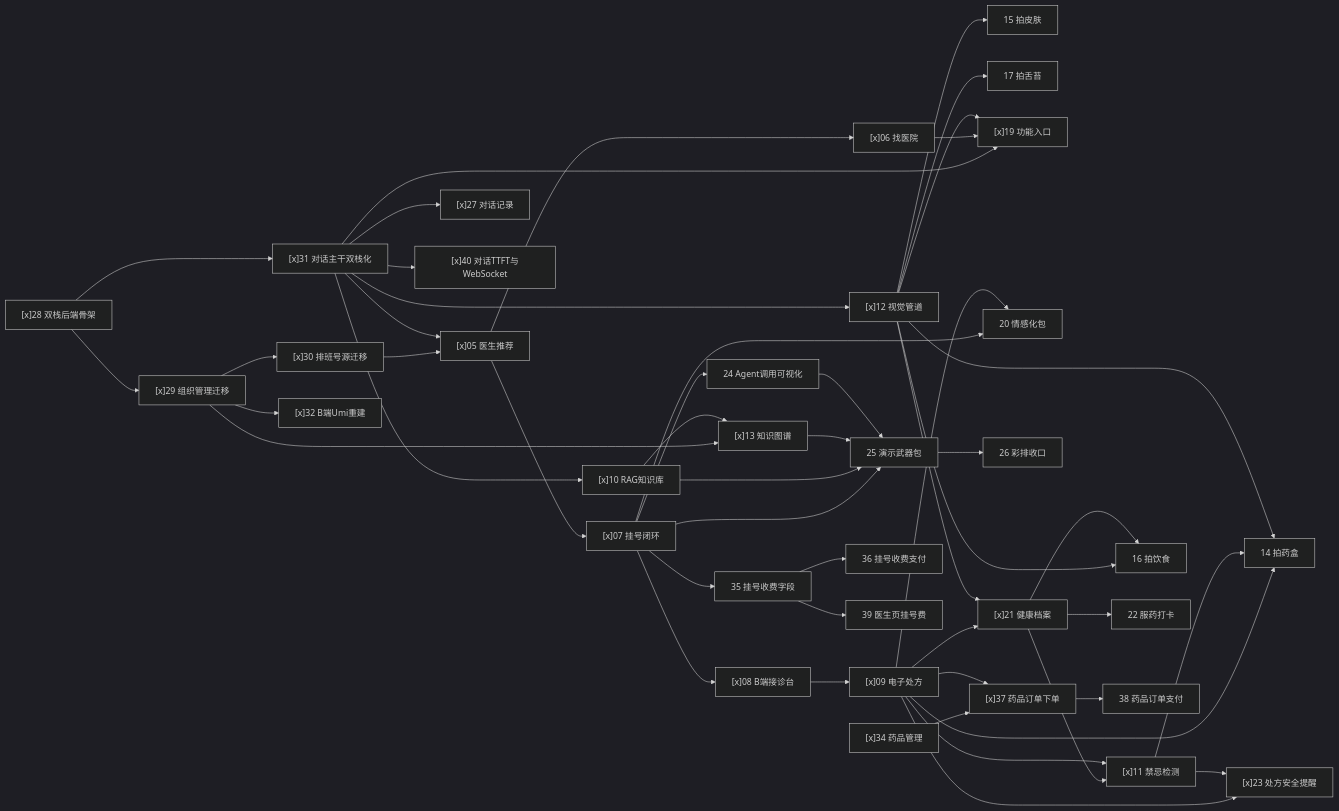
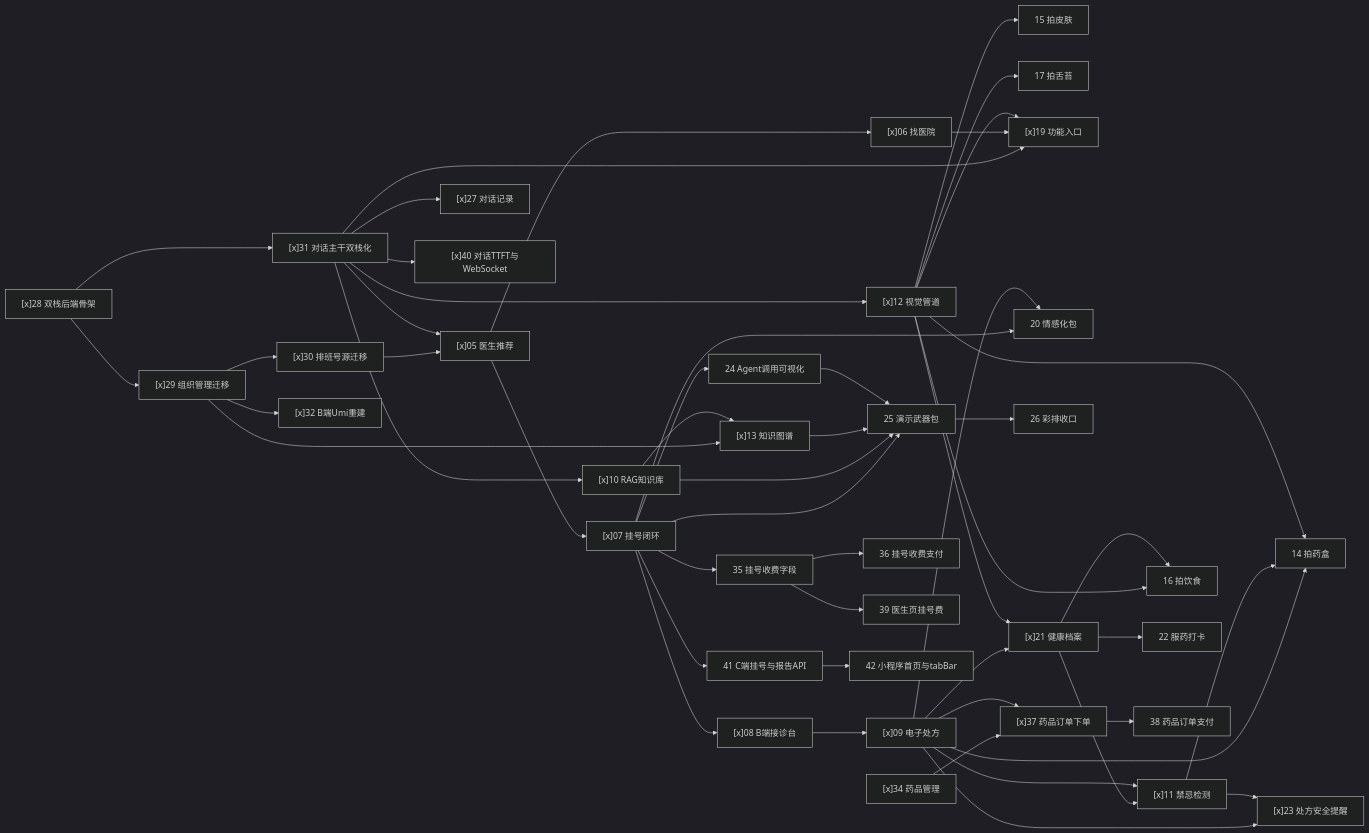
One commit to ILoveFurina/zhiyu-health changed the diagram in README.md. Above: the diagram before and after it, drawn with Mermaid (dark theme). The commit also changed 3 other files, not shown here.

````diff
--- a/README.md
+++ b/README.md
@@ -57,6 +57,8 @@
     T38["38 药品订单支付"]
     T39["39 医生页挂号费"]
     T40["[x]40 对话TTFT与WebSocket"]
+    T41["41 C端挂号与报告API"]
+    T42["42 小程序首页与tabBar"]
 
     T28 --> T29
     T28 --> T31
@@ -121,4 +123,7 @@
     T35 --> T39
 
     T31 --> T40
+
+    T07 --> T41
+    T41 --> T42
 ```
````
